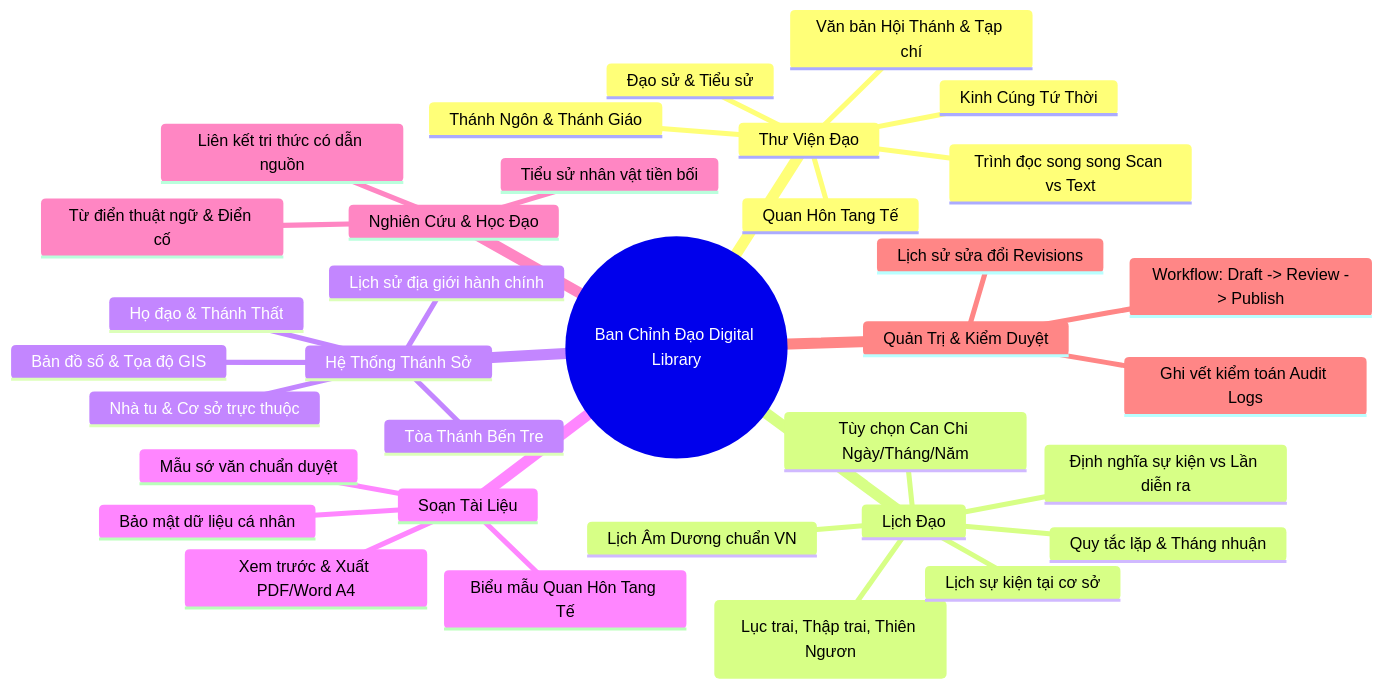
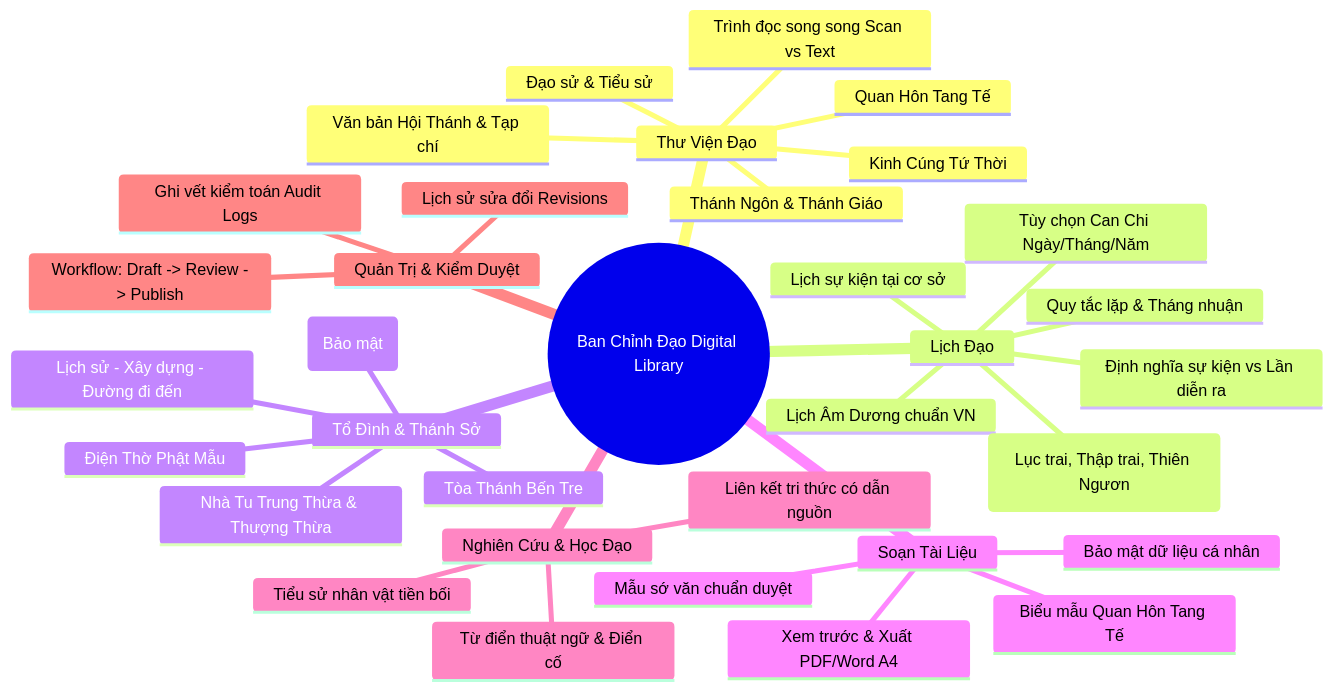
One commit to DG-Kit/CaoDai-BCD changed the diagram in docs/01-business/BRD.md. Above: the diagram before and after it, drawn with Mermaid. The commit also changed other lines of this file and 25 other files, not shown here.

````diff
--- a/docs/01-business/BRD.md
+++ b/docs/01-business/BRD.md
@@ -52,37 +52,37 @@
 ```mermaid
 mindmap
   root((Ban Chỉnh Đạo Digital Library))
     Thư Viện Đạo
       Kinh Cúng Tứ Thời
       Quan Hôn Tang Tế
       Thánh Ngôn & Thánh Giáo
       Đạo sử & Tiểu sử
       Văn bản Hội Thánh & Tạp chí
       Trình đọc song song Scan vs Text
     Lịch Đạo
       Lịch Âm Dương chuẩn VN
       Định nghĩa sự kiện vs Lần diễn ra
       Quy tắc lặp & Tháng nhuận
       Trai kỳ (Lục trai, Thập trai, Thiên Ngươn)
       Tùy chọn Can Chi Ngày/Tháng/Năm
       Lịch sự kiện tại cơ sở
-    Hệ Thống Thánh Sở
+    Tổ Đình & Thánh Sở
       Tòa Thánh Bến Tre
-      Họ đạo & Thánh Thất
-      Nhà tu & Cơ sở trực thuộc
-      Bản đồ số & Tọa độ GIS
-      Lịch sử địa giới hành chính
+      Điện Thờ Phật Mẫu
+      Nhà Tu Trung Thừa & Thượng Thừa
+      Lịch sử - Xây dựng - Đường đi đến
+      Danh mục Thánh Thất thu gọn (Bảo mật)
     Soạn Tài Liệu
       Mẫu sớ văn chuẩn duyệt
       Biểu mẫu Quan Hôn Tang Tế
       Xem trước & Xuất PDF/Word A4
       Bảo mật dữ liệu cá nhân
     Nghiên Cứu & Học Đạo
       Từ điển thuật ngữ & Điển cố
       Tiểu sử nhân vật tiền bối
       Liên kết tri thức có dẫn nguồn
     Quản Trị & Kiểm Duyệt
       Workflow: Draft -> Review -> Publish
       Lịch sử sửa đổi Revisions
       Ghi vết kiểm toán Audit Logs
 ```
````
